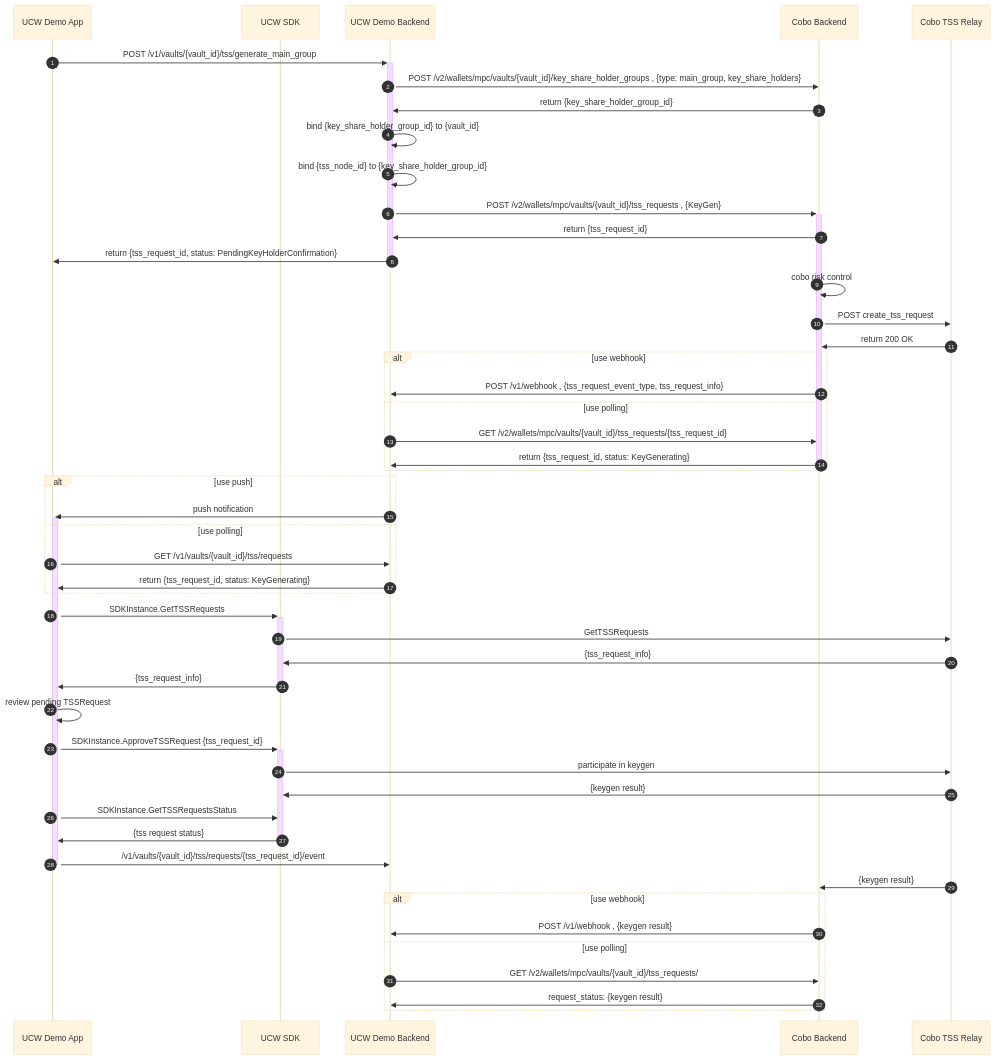
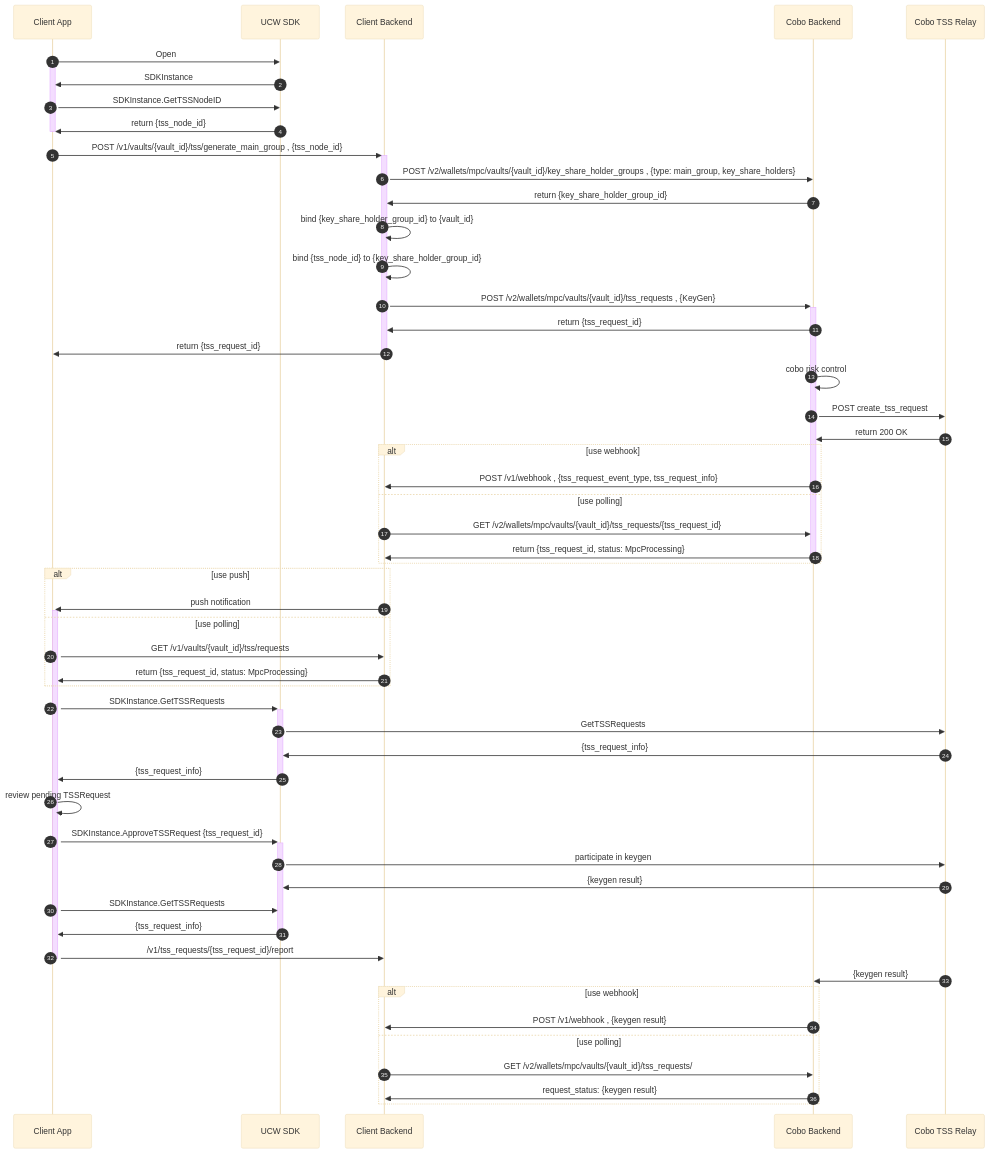
The diagram in docs/02_keygen.md (CoboGlobal/cobo-ucw-demo-backend), drawn with Mermaid (base theme) before and after one commit. The commit also changed 21 other files, not shown here.

````diff
--- a/docs/02_keygen.md
+++ b/docs/02_keygen.md
@@ -2,60 +1,67 @@
 ```mermaid
 sequenceDiagram
     autonumber
-    participant App as UCW Demo App
+    participant App as Client App
     participant SDK as UCW SDK
-    participant C as UCW Demo Backend
+    participant C as Client Backend
     participant P as Cobo Backend
     participant R as Cobo TSS Relay
 
-    App ->> +C: POST /v1/vaults/{vault_id}/tss/generate_main_group
+    App ->> SDK: Open
+    activate App
+    SDK ->> App: SDKInstance
+    App ->> SDK: SDKInstance.GetTSSNodeID
+    SDK ->> App: return {tss_node_id}
+    deactivate App
+
+    App ->> +C: POST /v1/vaults/{vault_id}/tss/generate_main_group , {tss_node_id}
     C ->> P: POST /v2/wallets/mpc/vaults/{vault_id}/key_share_holder_groups , {type: main_group, key_share_holders}
     P ->> C: return {key_share_holder_group_id}
     C ->> C: bind {key_share_holder_group_id} to {vault_id}
     C ->> C: bind {tss_node_id} to {key_share_holder_group_id}
     C ->> +P: POST /v2/wallets/mpc/vaults/{vault_id}/tss_requests , {KeyGen}
     P ->> C: return {tss_request_id}
-    C ->> -App: return {tss_request_id, status: PendingKeyHolderConfirmation}
+    C ->> -App: return {tss_request_id}
     P ->> P: cobo risk control
     P ->> R: POST create_tss_request
     R ->> P: return 200 OK
 
     alt use webhook
         P ->> C: POST /v1/webhook , {tss_request_event_type, tss_request_info}
     else use polling
         C ->> P: GET /v2/wallets/mpc/vaults/{vault_id}/tss_requests/{tss_request_id}
-        P ->> -C: return {tss_request_id, status: KeyGenerating}
+        P ->> -C: return {tss_request_id, status: MpcProcessing}
     end
 
     activate App
     alt use push
-        C ->> +App: push notification     
+        C ->> +App: push notification
     else use polling
         App ->> C: GET /v1/vaults/{vault_id}/tss/requests
-        C ->> App: return {tss_request_id, status: KeyGenerating}
+        C ->> App: return {tss_request_id, status: MpcProcessing}
     end
-    
+
 
     App ->> +SDK: SDKInstance.GetTSSRequests
     SDK ->> R: GetTSSRequests
     R ->> SDK: {tss_request_info}
     SDK ->> -App: {tss_request_info}
     App ->> App: review pending TSSRequest
     App ->> +SDK: SDKInstance.ApproveTSSRequest {tss_request_id}
     SDK ->> R: participate in keygen
     R ->> SDK: {keygen result}
-    App ->> SDK: SDKInstance.GetTSSRequestsStatus
-    SDK ->> -App: {tss request status}
-    App ->> C: /v1/vaults/{vault_id}/tss/requests/{tss_request_id}/event
+    App ->> SDK: SDKInstance.GetTSSRequests
+    SDK ->> -App: {tss_request_info}
+    App ->> C: /v1/tss_requests/{tss_request_id}/report
     deactivate App
 
     R ->> P: {keygen result}
 
     alt use webhook
         P ->> C: POST /v1/webhook , {keygen result}
     else use polling
         C ->> P: GET /v2/wallets/mpc/vaults/{vault_id}/tss_requests/
         P ->> C: request_status: {keygen result}
     end
 
 ```
````
